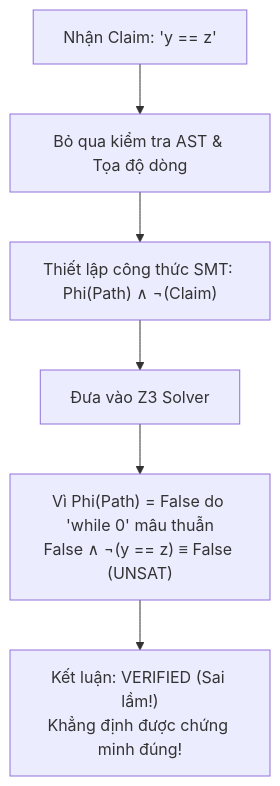
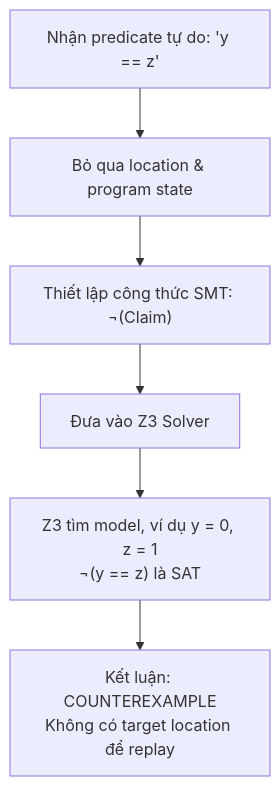
Before and after one commit to thanhcong10082005/Formal-Program-Verification-via-LLM-Chain-of-Thought-and-SMT-Logic: the first of 2 diagrams in reports/BAO_CAO_CHUYEN_SAU_COMPLEX.md, drawn with Mermaid. The commit also changed other lines of this file and 17 other files, not shown here.

````diff
--- a/reports/BAO_CAO_CHUYEN_SAU_COMPLEX.md
+++ b/reports/BAO_CAO_CHUYEN_SAU_COMPLEX.md
@@ -156,8 +174,8 @@
 ```mermaid
 flowchart TD
-    Start["Nhận Claim: 'y == z'"] --> SkipAST["Bỏ qua kiểm tra AST & Tọa độ dòng"]
-    SkipAST --> DirectFormula["Thiết lập công thức SMT: Phi(Path) ∧ ¬(Claim)"]
+    Start["Nhận predicate tự do: 'y == z'"] --> SkipContext["Bỏ qua location & program state"]
+    SkipContext --> DirectFormula["Thiết lập công thức SMT: ¬(Claim)"]
     DirectFormula --> SMTCheck["Đưa vào Z3 Solver"]
-    SMTCheck --> FalsePremise["Vì Phi(Path) = False do 'while 0' mâu thuẫn<br>False ∧ ¬(y == z) ≡ False (UNSAT)"]
-    FalsePremise --> WrongVerdict["Kết luận: VERIFIED (Sai lầm!)<br>Khẳng định được chứng minh đúng!"]
+    SMTCheck --> FreeModel["Z3 tìm model, ví dụ y = 0, z = 1<br>¬(y == z) là SAT"]
+    FreeModel --> FreeVerdict["Kết luận: COUNTEREXAMPLE<br>Không có target location để replay"]
 ```
````
